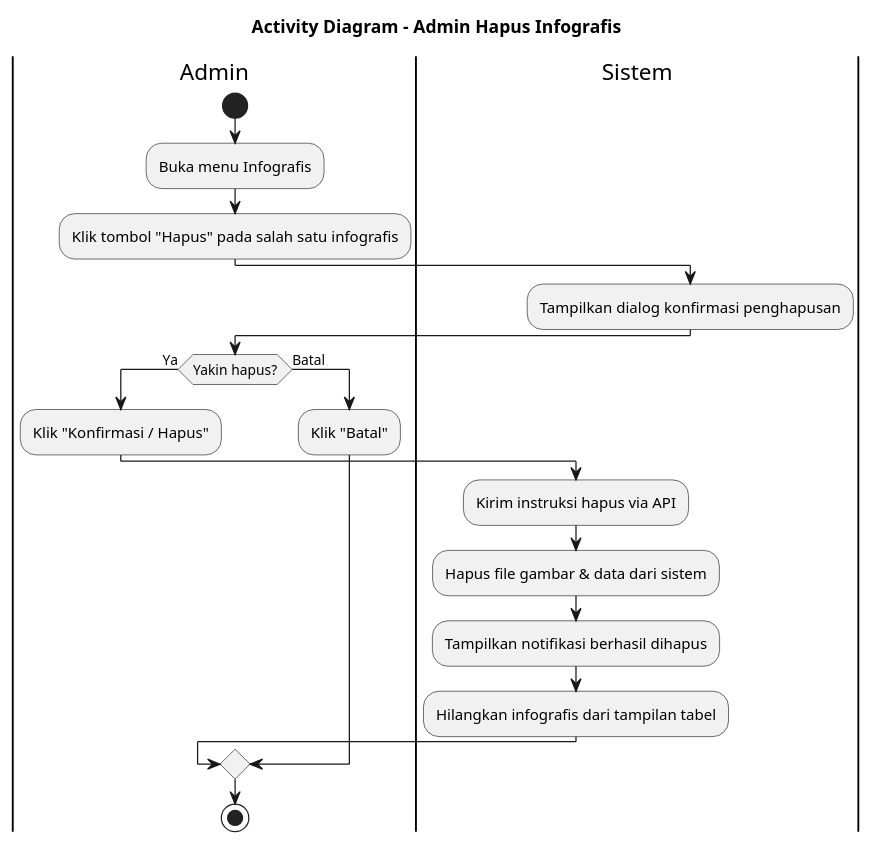
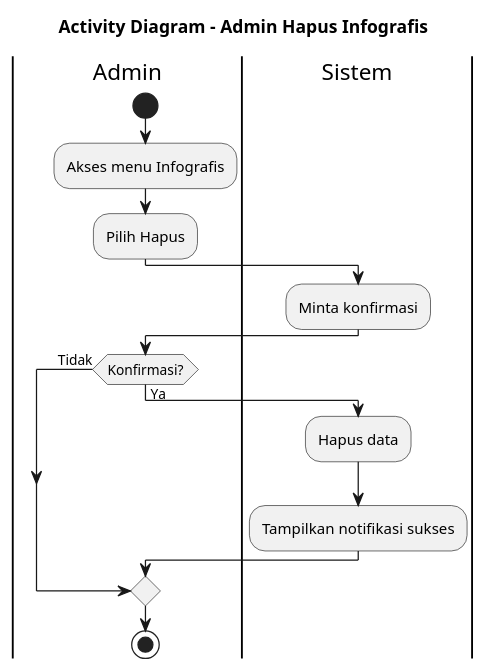
Before and after one commit to jaddu17/capstonepmikp: the diagram in diagram/activitydiagram_admin_hapus_infografis.puml, drawn with PlantUML. The commit also changed 15 other files, not shown here.

Commit message:
activity diagram user

```diff
--- a/diagram/activitydiagram_admin_hapus_infografis.puml
+++ b/diagram/activitydiagram_admin_hapus_infografis.puml
@@ -1,29 +1,22 @@
 @startuml ACTIVITY_DIAGRAM_ADMIN_HAPUS_INFOGRAFIS
 title Activity Diagram - Admin Hapus Infografis
 
 |Admin|
 start
-:Buka menu Infografis;
-:Klik tombol "Hapus" pada salah satu infografis;
+:Akses menu Infografis;
+:Pilih Hapus;
 
 |Sistem|
-:Tampilkan dialog konfirmasi penghapusan;
+:Minta konfirmasi;
 
 |Admin|
-if (Yakin hapus?) then (Ya)
-  :Klik "Konfirmasi / Hapus";
-
+if (Konfirmasi?) then (Ya)
   |Sistem|
-  :Kirim instruksi hapus via API;
-  :Hapus file gambar & data dari sistem;
-  :Tampilkan notifikasi berhasil dihapus;
-  :Hilangkan infografis dari tampilan tabel;
-else (Batal)
-  |Admin|
-  :Klik "Batal";
+  :Hapus data;
+  :Tampilkan notifikasi sukses;
+else (Tidak)
 endif
 
 |Admin|
 stop
-
 @enduml
```
